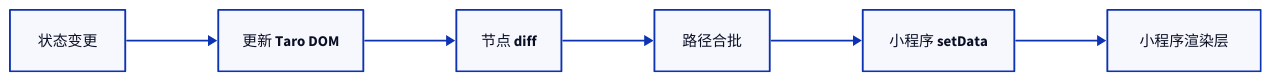
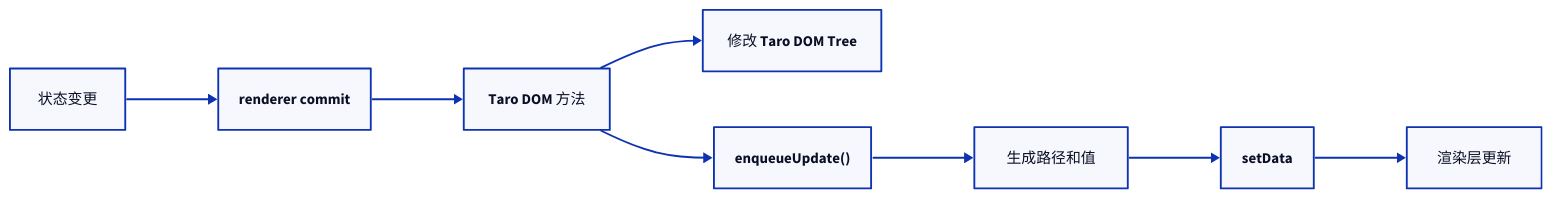
The sixth of 8 diagrams in apps/docs/experiences/微信小程序/Taro 原理与实践.md (youngluo/thinking), drawn with D2 before and after one commit. The commit also changed other lines of this file and 3 other files, not shown here.

Commit message:
docs: polish Taro architecture article

````diff
--- a/apps/docs/experiences/微信小程序/Taro 原理与实践.md
+++ b/apps/docs/experiences/微信小程序/Taro 原理与实践.md
@@ -408,12 +421,18 @@
 ```d2
 direction: right
 
 state: 状态变更
-dom: 更新 Taro DOM
-diff: 节点 diff
-patch: 路径合批
-bridge: 小程序 setData
-view: 小程序渲染层
+commit: renderer commit
+method: Taro DOM 方法
+tree: 修改 Taro DOM Tree
+enqueue: "enqueueUpdate()"
+patch: 生成路径和值
+bridge: setData
+view: 渲染层更新
 
-state -> dom -> diff -> patch -> bridge -> view
+state -> commit -> method
+method -> tree
+method -> enqueue
+enqueue -> patch
+patch -> bridge -> view
 ```
````
